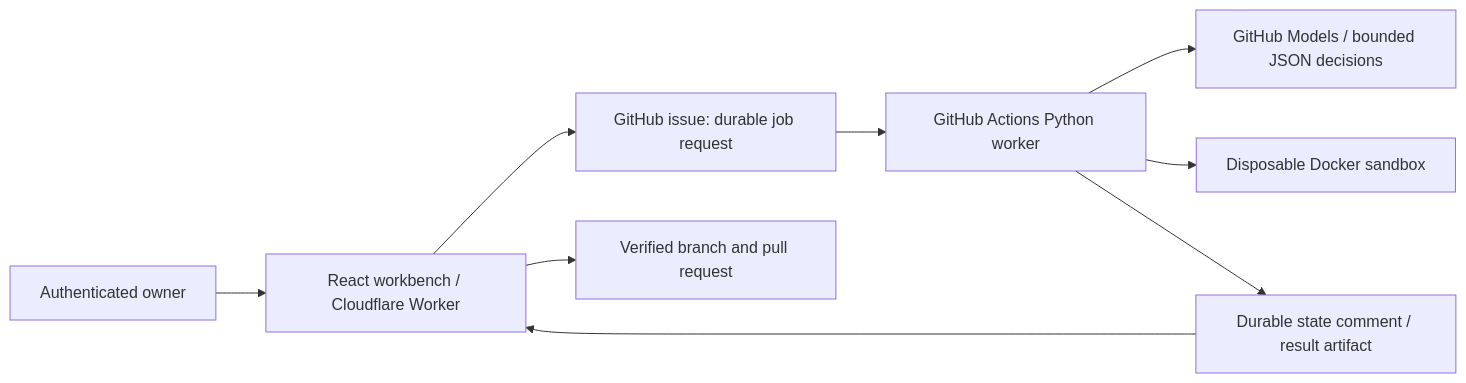
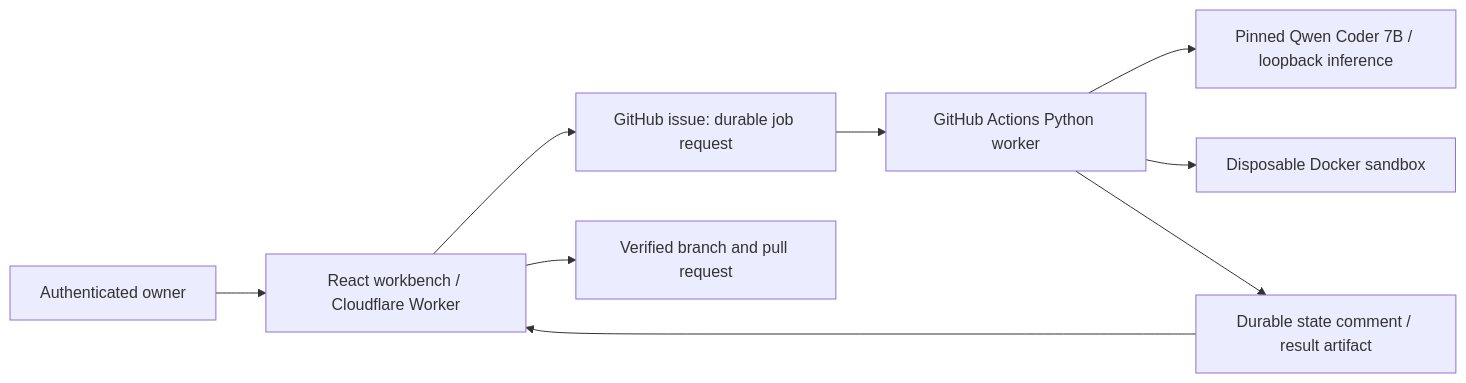
One commit to wauul/PatchGoblin changed the diagram in README.md. Above: the diagram before and after it, drawn with Mermaid. The commit also changed other lines of this file and 25 other files, not shown here.

````diff
--- a/README.md
+++ b/README.md
@@ -19,11 +29,11 @@
 ```mermaid
 flowchart LR
   U[Authenticated owner] --> W[React workbench / Cloudflare Worker]
   W --> J[GitHub issue: durable job request]
   J --> A[GitHub Actions Python worker]
-  A --> M[GitHub Models / bounded JSON decisions]
+  A --> M[Pinned Qwen Coder 7B / loopback inference]
   A --> S[Disposable Docker sandbox]
   A --> C[Durable state comment / result artifact]
   C --> W
   W --> P[Verified branch and pull request]
 ```
````
